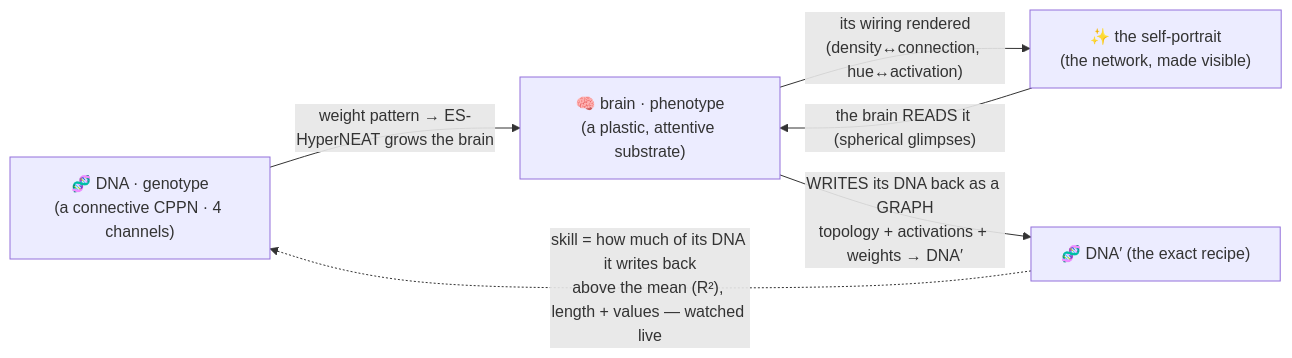
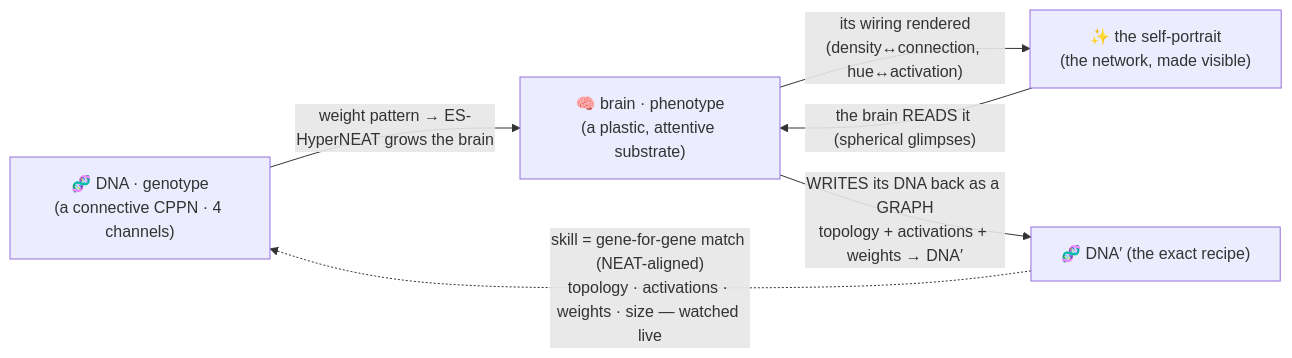
The first of 3 diagrams in VISION.md (admiralakber/autograph), drawn with Mermaid before and after one commit. The commit also changed other lines of this file and 5 other files, not shown here.

````diff
--- a/VISION.md
+++ b/VISION.md
@@ -24,8 +24,8 @@
 ```mermaid
 flowchart LR
   DNA["🧬 DNA · genotype<br/>(a connective CPPN · 4 channels)"] -->|"weight pattern → ES-HyperNEAT grows the brain"| PHENO["🧠 brain · phenotype<br/>(a plastic, attentive substrate)"]
   PHENO -->|"its wiring rendered<br/>(density↔connection, hue↔activation)"| ART["✨ the self-portrait<br/>(the network, made visible)"]
   ART -->|"the brain READS it (spherical glimpses)"| PHENO
   PHENO -->|"WRITES its DNA back as a GRAPH<br/>topology + activations + weights → DNA′"| DNA2["🧬 DNA′ (the exact recipe)"]
-  DNA2 -. "skill = how much of its DNA it writes back<br/>above the mean (R²), length + values — watched live" .-> DNA
+  DNA2 -. "skill = gene-for-gene match (NEAT-aligned)<br/>topology · activations · weights · size — watched live" .-> DNA
 ```
````
